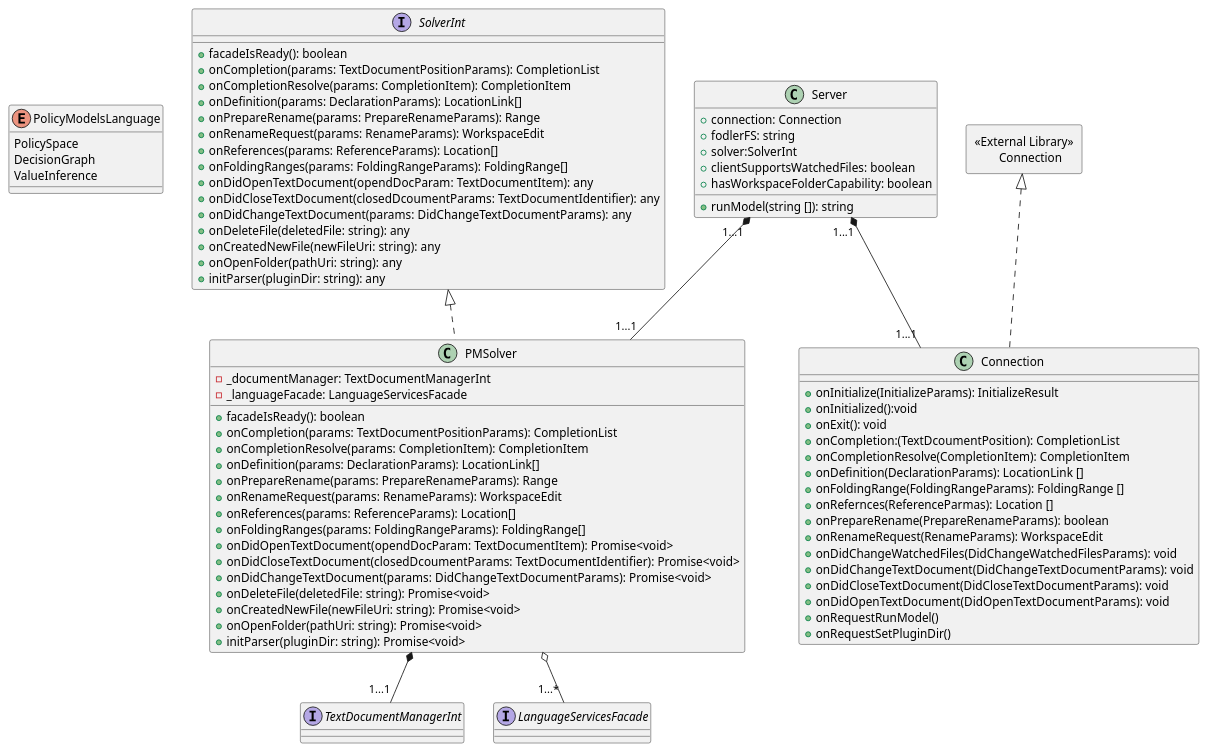
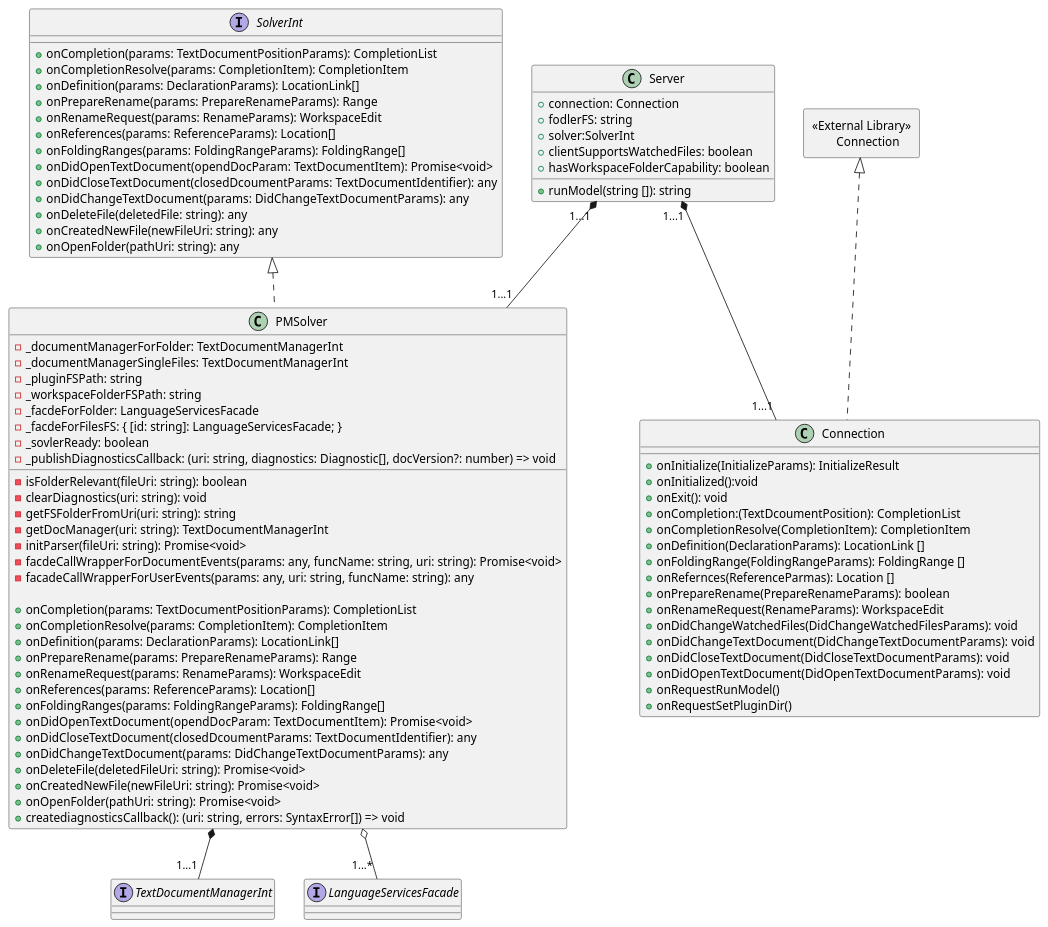
The diagram in diagrams/server/ServerClassDiagram.puml (wolfj123/PolicyModelsPlugin), drawn with PlantUML before and after one commit. The commit also changed 2 other files, not shown here.

Commit message:
update diagrams

```diff
--- a/diagrams/server/ServerClassDiagram.puml
+++ b/diagrams/server/ServerClassDiagram.puml
@@ -1,91 +1,98 @@
 @startuml
 
-enum PolicyModelsLanguage {
-    PolicySpace
-    DecisionGraph
-    ValueInference
-}
-
 interface SolverInt {
-    +facadeIsReady(): boolean
-    +onCompletion(params: TextDocumentPositionParams): CompletionList
-    +onCompletionResolve(params: CompletionItem): CompletionItem
-    +onDefinition(params: DeclarationParams): LocationLink[]
-    +onPrepareRename(params: PrepareRenameParams): Range
-    +onRenameRequest(params: RenameParams): WorkspaceEdit
-    +onReferences(params: ReferenceParams): Location[]
-    +onFoldingRanges(params: FoldingRangeParams): FoldingRange[]
-    +onDidOpenTextDocument(opendDocParam: TextDocumentItem): any
-    +onDidCloseTextDocument(closedDcoumentParams: TextDocumentIdentifier): any
-    +onDidChangeTextDocument(params: DidChangeTextDocumentParams): any
-    +onDeleteFile(deletedFile: string): any
-    +onCreatedNewFile(newFileUri: string): any
-    +onOpenFolder(pathUri: string): any
-    +initParser(pluginDir: string): any
-}
-class PMSolver implements SolverInt {
-    -_documentManager: TextDocumentManagerInt
-    -_languageFacade: LanguageServicesFacade
-    +facadeIsReady(): boolean
     +onCompletion(params: TextDocumentPositionParams): CompletionList
     +onCompletionResolve(params: CompletionItem): CompletionItem
     +onDefinition(params: DeclarationParams): LocationLink[]
     +onPrepareRename(params: PrepareRenameParams): Range
     +onRenameRequest(params: RenameParams): WorkspaceEdit
     +onReferences(params: ReferenceParams): Location[]
     +onFoldingRanges(params: FoldingRangeParams): FoldingRange[]
     +onDidOpenTextDocument(opendDocParam: TextDocumentItem): Promise<void>
-    +onDidCloseTextDocument(closedDcoumentParams: TextDocumentIdentifier): Promise<void>
-    +onDidChangeTextDocument(params: DidChangeTextDocumentParams): Promise<void>
-    +onDeleteFile(deletedFile: string): Promise<void>
+    +onDidCloseTextDocument(closedDcoumentParams: TextDocumentIdentifier): any
+    +onDidChangeTextDocument(params: DidChangeTextDocumentParams): any
+    +onDeleteFile(deletedFile: string): any
+    +onCreatedNewFile(newFileUri: string): any
+    +onOpenFolder(pathUri: string): any
+}
+
+class PMSolver implements SolverInt {
+    -_documentManagerForFolder: TextDocumentManagerInt
+    -_documentManagerSingleFiles: TextDocumentManagerInt
+    -_pluginFSPath: string
+    -_workspaceFolderFSPath: string
+    -_facdeForFolder: LanguageServicesFacade
+    -_facdeForFilesFS: { [id: string]: LanguageServicesFacade; }
+    -_sovlerReady: boolean
+    {field}-_publishDiagnosticsCallback: (uri: string, diagnostics: Diagnostic[], docVersion?: number) => void    
+    -isFolderRelevant(fileUri: string): boolean
+    -clearDiagnostics(uri: string): void
+    -getFSFolderFromUri(uri: string): string
+    -getDocManager(uri: string): TextDocumentManagerInt
+    -initParser(fileUri: string): Promise<void>
+    -facdeCallWrapperForDocumentEvents(params: any, funcName: string, uri: string): Promise<void>
+    -facadeCallWrapperForUserEvents(params: any, uri: string, funcName: string): any
+    
+    +onCompletion(params: TextDocumentPositionParams): CompletionList
+    +onCompletionResolve(params: CompletionItem): CompletionItem
+    +onDefinition(params: DeclarationParams): LocationLink[]
+    +onPrepareRename(params: PrepareRenameParams): Range
+    +onRenameRequest(params: RenameParams): WorkspaceEdit
+    +onReferences(params: ReferenceParams): Location[]
+    +onFoldingRanges(params: FoldingRangeParams): FoldingRange[]
+    +onDidOpenTextDocument(opendDocParam: TextDocumentItem): Promise<void>
+    +onDidCloseTextDocument(closedDcoumentParams: TextDocumentIdentifier): any
+    +onDidChangeTextDocument(params: DidChangeTextDocumentParams): any
+    +onDeleteFile(deletedFileUri: string): Promise<void>
     +onCreatedNewFile(newFileUri: string): Promise<void>
     +onOpenFolder(pathUri: string): Promise<void>
-    +initParser(pluginDir: string): Promise<void>
+    +creatediagnosticsCallback(): (uri: string, errors: SyntaxError[]) => void
 }
 
 class Server {
     + connection: Connection
     + fodlerFS: string
     + solver:SolverInt
     + clientSupportsWatchedFiles: boolean
     + hasWorkspaceFolderCapability: boolean
     + runModel(string []): string
 }
+
 
 rectangle extConnection [
     <<External Library>>
     \tConnection
 ]
 
 class Connection implements extConnection{
     + onInitialize(InitializeParams): InitializeResult
     + onInitialized():void
     + onExit(): void
     + onCompletion:(TextDcoumentPosition): CompletionList
     + onCompletionResolve(CompletionItem): CompletionItem
     + onDefinition(DeclarationParams): LocationLink []
     + onFoldingRange(FoldingRangeParams): FoldingRange []
     + onRefernces(ReferenceParmas): Location []
     + onPrepareRename(PrepareRenameParams): boolean
     + onRenameRequest(RenameParams): WorkspaceEdit
     + onDidChangeWatchedFiles(DidChangeWatchedFilesParams): void
     + onDidChangeTextDocument(DidChangeTextDocumentParams): void
     + onDidCloseTextDocument(DidCloseTextDocumentParams): void
     + onDidOpenTextDocument(DidOpenTextDocumentParams): void
     + onRequestRunModel()
     + onRequestSetPluginDir()
 }
 
 interface TextDocumentManagerInt {
 }
 
 interface LanguageServicesFacade {
 }
 
 Server "1...1" *-- "1...1" Connection
 Server "1...1" *-- "1...1" PMSolver
 
 PMSolver o-- "1...*" LanguageServicesFacade
 PMSolver *-- "1...1" TextDocumentManagerInt
 
 @enduml
```
